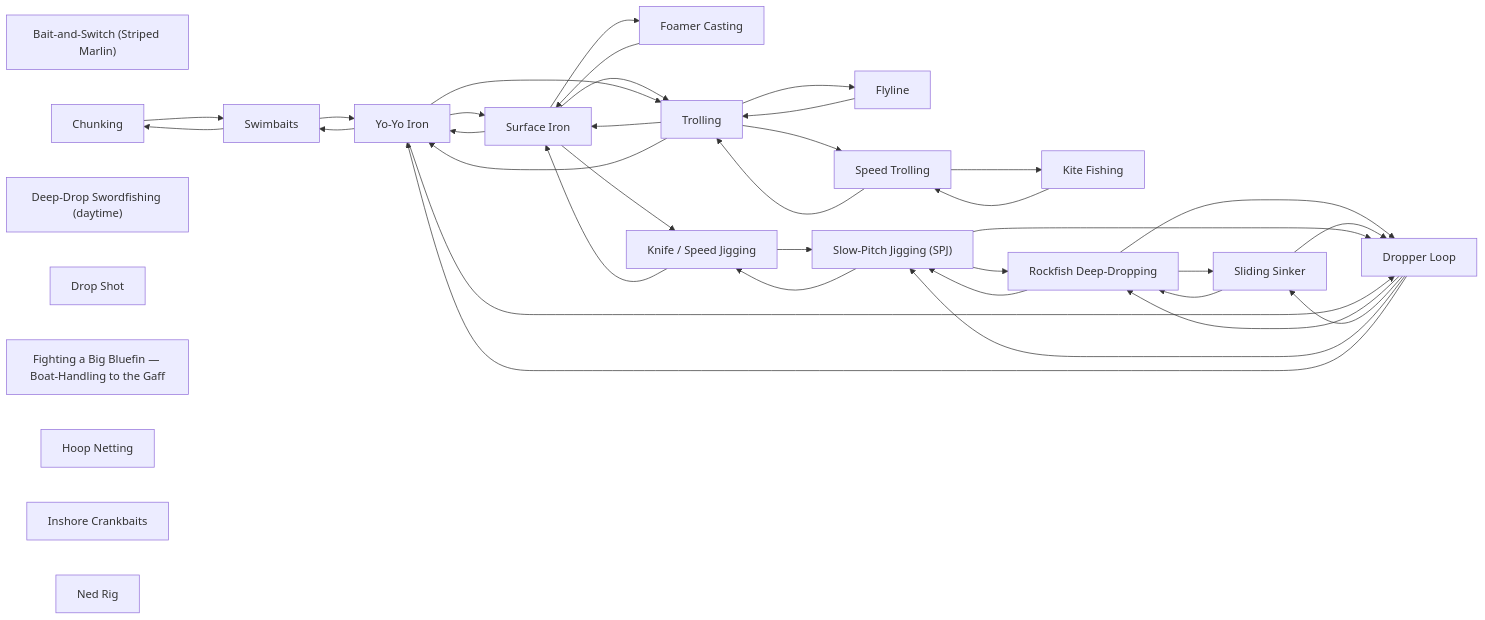
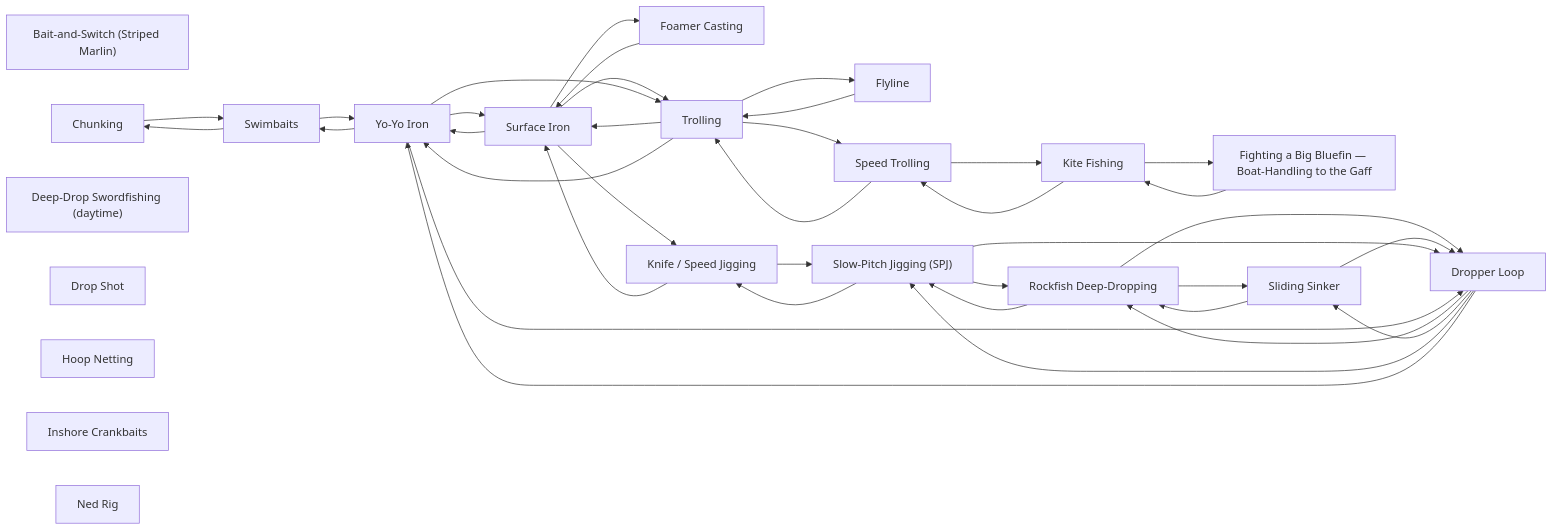
The diagram in techniques/README.md (camchuckpete-max/Socal-Fishing-Knowledge), drawn with Mermaid before and after one commit. The commit also changed 12 other files, not shown here.

````diff
--- a/techniques/README.md
+++ b/techniques/README.md
@@ -34,58 +34,60 @@
 ```mermaid
 graph LR
   n0["Bait-and-Switch (Striped Marlin)"]
   n1["Chunking"]
   n2["Deep-Drop Swordfishing (daytime)"]
   n3["Drop Shot"]
   n4["Dropper Loop"]
   n5["Fighting a Big Bluefin — Boat-Handling to the Gaff"]
   n6["Flyline"]
   n7["Foamer Casting"]
   n8["Hoop Netting"]
   n9["Inshore Crankbaits"]
   n10["Kite Fishing"]
   n11["Knife / Speed Jigging"]
   n12["Ned Rig"]
   n13["Rockfish Deep-Dropping"]
   n14["Sliding Sinker"]
   n15["Slow-Pitch Jigging (SPJ)"]
   n16["Speed Trolling"]
   n17["Surface Iron"]
   n18["Swimbaits"]
   n19["Trolling"]
   n20["Yo-Yo Iron"]
   n1 --> n18
   n10 --> n16
+  n10 --> n5
   n11 --> n15
   n11 --> n17
   n13 --> n14
   n13 --> n15
   n13 --> n4
   n14 --> n13
   n14 --> n4
   n15 --> n11
   n15 --> n13
   n15 --> n4
   n16 --> n10
   n16 --> n19
   n17 --> n11
   n17 --> n19
   n17 --> n20
   n17 --> n7
   n18 --> n1
   n18 --> n20
   n19 --> n16
   n19 --> n17
   n19 --> n20
   n19 --> n6
   n20 --> n17
   n20 --> n18
   n20 --> n19
   n20 --> n4
   n4 --> n13
   n4 --> n14
   n4 --> n15
   n4 --> n20
+  n5 --> n10
   n6 --> n19
   n7 --> n17
 ```
````
